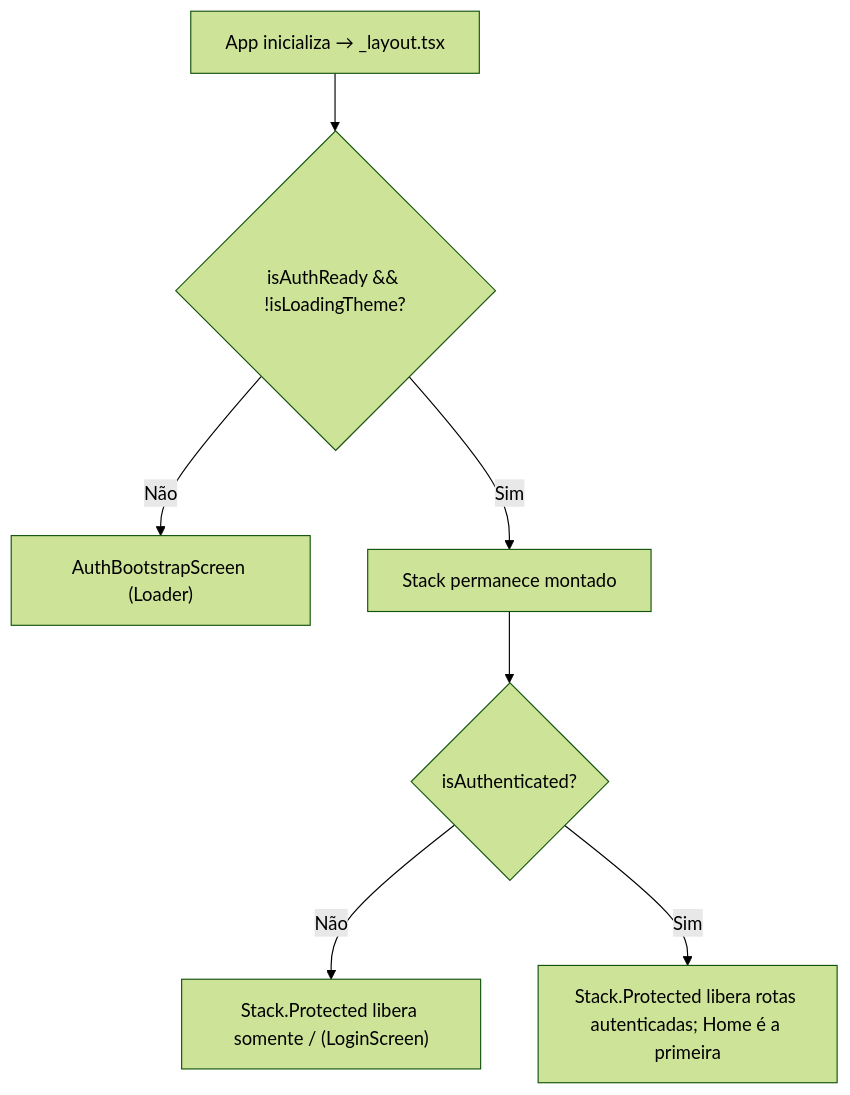
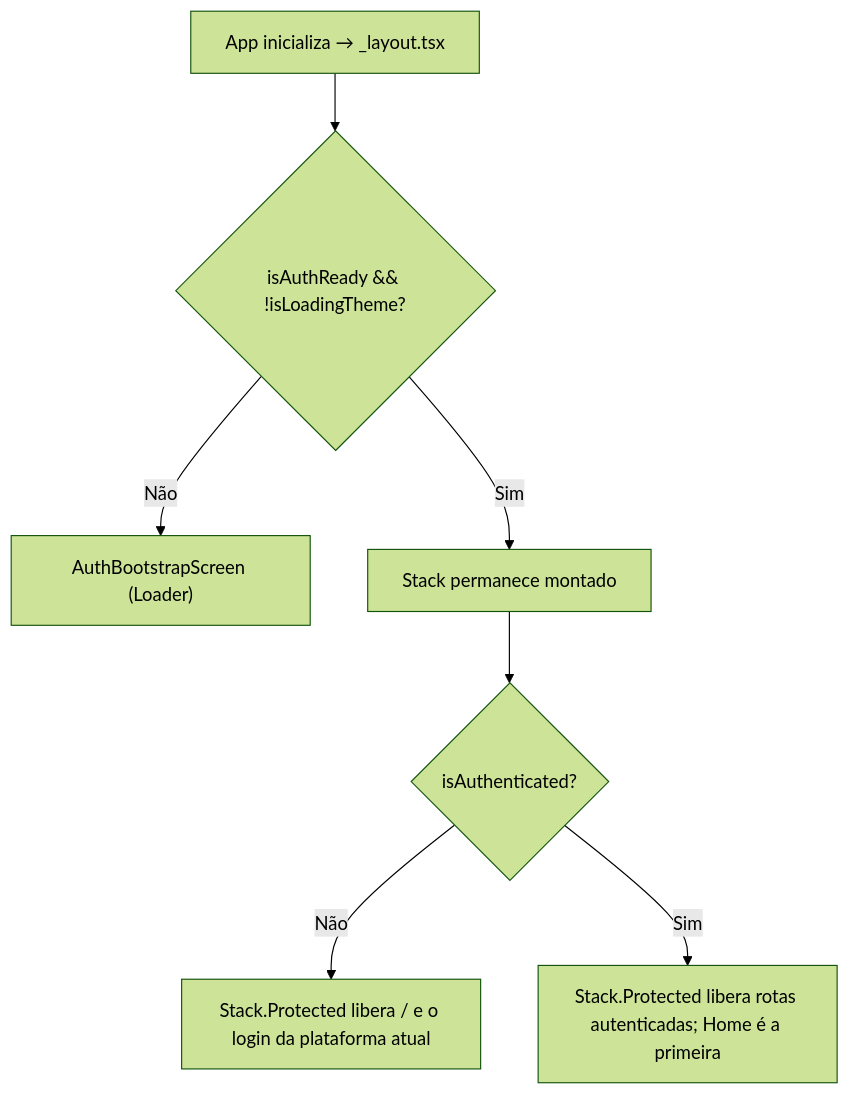
The diagram in Arquitetura/Navegação.md (gabrielmazz/finances-app), drawn with Mermaid (forest theme) before and after one commit. The commit also changed other lines of this file and 301 other files, not shown here.

````diff
--- a/Arquitetura/Navegação.md
+++ b/Arquitetura/Navegação.md
@@ -58,9 +65,9 @@
 ```mermaid
 graph TD
     INIT["App inicializa → _layout.tsx"] --> CHECK{isAuthReady && !isLoadingTheme?}
     CHECK -->|Não| BOOT["AuthBootstrapScreen (Loader)"]
     CHECK -->|Sim| STACK["Stack permanece montado"]
     STACK --> AUTH{isAuthenticated?}
-    AUTH -->|Não| LOGIN["Stack.Protected libera somente / (LoginScreen)"]
+    AUTH -->|Não| LOGIN["Stack.Protected libera / e o login da plataforma atual"]
     AUTH -->|Sim| HOME["Stack.Protected libera rotas autenticadas; Home é a primeira"]
 ```
````
